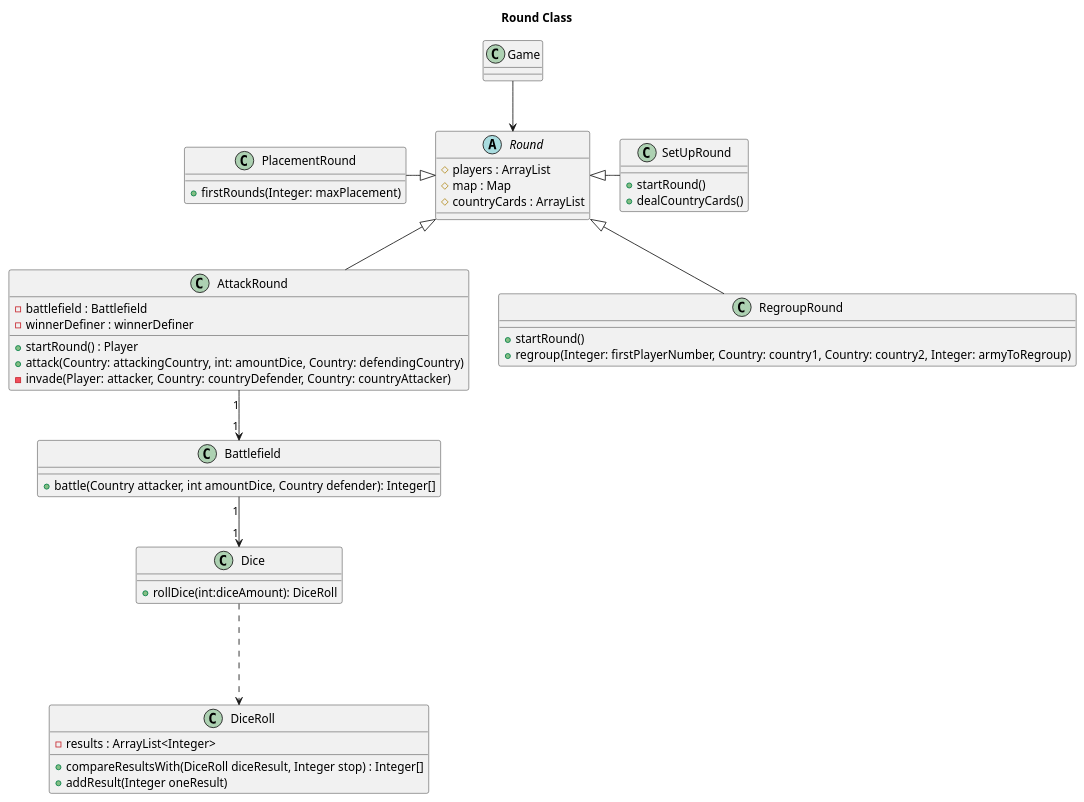
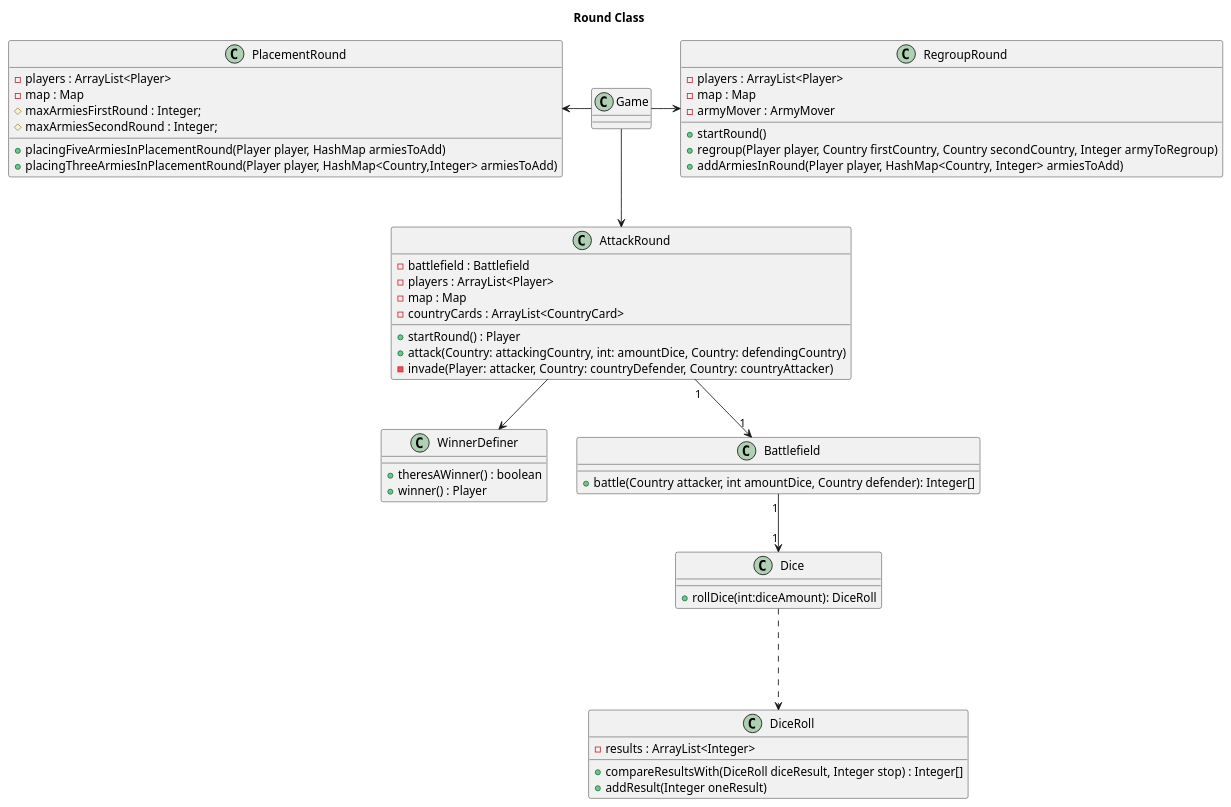
The diagram in src/main/java/edu/fiuba/algo3/documentation/Round.puml (NahuelNGomez/TEG), drawn with PlantUML before and after one commit. The commit also changed 2 other files, not shown here.

Commit message:
diagrams update

```diff
--- a/src/main/java/edu/fiuba/algo3/documentation/Round.puml
+++ b/src/main/java/edu/fiuba/algo3/documentation/Round.puml
@@ -1,57 +1,62 @@
 @startuml
 title "Round Class"
 
 class Game {
 }
 
-abstract Round{
-# players : ArrayList
-# map : Map
-# countryCards : ArrayList
-}
-
-class SetUpRound{
-+ startRound()
-+ dealCountryCards()
-}
-
 class AttackRound{
 - battlefield : Battlefield
-- winnerDefiner : winnerDefiner
+- players : ArrayList<Player>
+- map : Map
+- countryCards : ArrayList<CountryCard>
 + startRound() : Player
 + attack(Country: attackingCountry, int: amountDice, Country: defendingCountry)
 - invade(Player: attacker, Country: countryDefender, Country: countryAttacker)
 }
 
+class WinnerDefiner{
++ theresAWinner() : boolean
++ winner() : Player
+}
+
 class PlacementRound {
-+ firstRounds(Integer: maxPlacement)
+- players : ArrayList<Player>
+- map : Map
+# maxArmiesFirstRound : Integer;
+# maxArmiesSecondRound : Integer;
++ placingFiveArmiesInPlacementRound(Player player, HashMap armiesToAdd)
++ placingThreeArmiesInPlacementRound(Player player, HashMap<Country,Integer> armiesToAdd)
 }
 
 class RegroupRound{
+- players : ArrayList<Player>
+- map : Map
+- armyMover : ArmyMover
 + startRound()
-+ regroup(Integer: firstPlayerNumber, Country: country1, Country: country2, Integer: armyToRegroup)
++ regroup(Player player, Country firstCountry, Country secondCountry, Integer armyToRegroup)
++ addArmiesInRound(Player player, HashMap<Country, Integer> armiesToAdd)
 }
 
 class Battlefield{
 + battle(Country attacker, int amountDice, Country defender): Integer[]
 }
 
 class Dice{
 +rollDice(int:diceAmount): DiceRoll
 }
 
 class DiceRoll{
 - results : ArrayList<Integer>
 + compareResultsWith(DiceRoll diceResult, Integer stop) : Integer[]
 + addResult(Integer oneResult)
 }
 
-Game --> Round
-Round <|-- AttackRound
+Game --> AttackRound
+AttackRound --> WinnerDefiner
 AttackRound "1" -->"1" Battlefield
 Battlefield "1"--> "1" Dice
 Dice ...> DiceRoll
-Round <|--left PlacementRound
-Round <|-- RegroupRound
-Round <|--right SetUpRound
+Game -left-> PlacementRound
+Game -right-> RegroupRound
+
 @enduml
```
